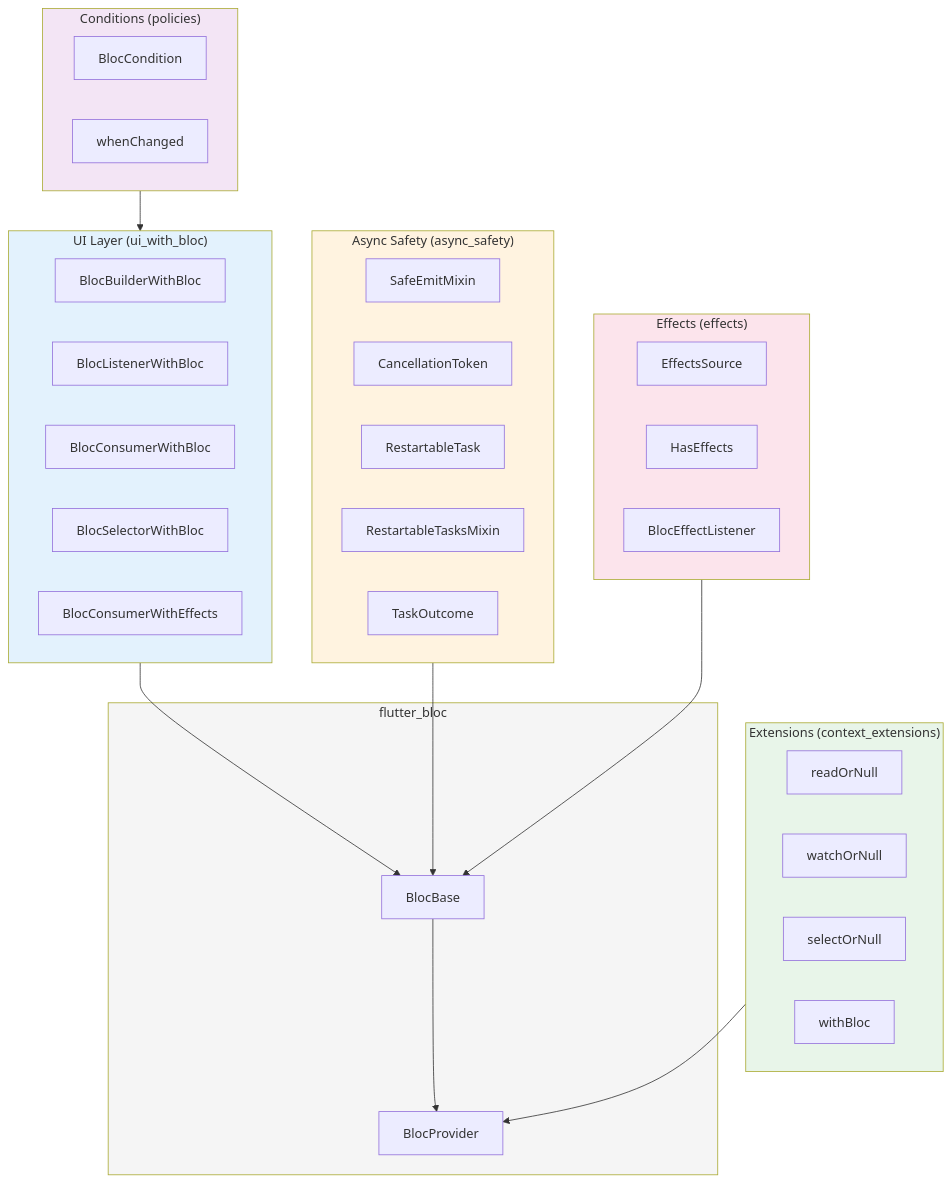
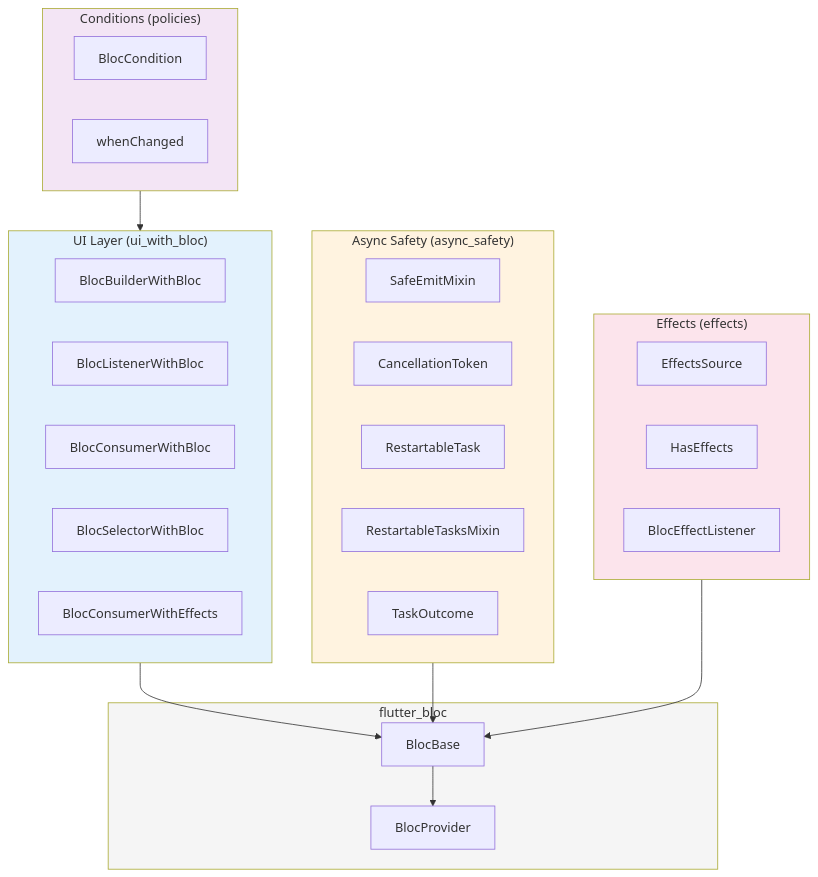
The second of 3 diagrams in docs/bloc_plus_PRD.md (ephmoc/bloc_plus), drawn with Mermaid before and after one commit. The commit also changed other lines of this file and 61 other files, not shown here.

````diff
--- a/docs/bloc_plus_PRD.md
+++ b/docs/bloc_plus_PRD.md
@@ -201,55 +206,46 @@
 ```mermaid
 graph TB
     subgraph UI["UI Layer (ui_with_bloc)"]
         BB[BlocBuilderWithBloc]
         BL[BlocListenerWithBloc]
         BC[BlocConsumerWithBloc]
         BS[BlocSelectorWithBloc]
         BE[BlocConsumerWithEffects]
     end
     
     subgraph Policies["Conditions (policies)"]
         BCo[BlocCondition]
         WC[whenChanged]
-    end
-    
-    subgraph Extensions["Extensions (context_extensions)"]
-        RO[readOrNull]
-        WO[watchOrNull]
-        SO[selectOrNull]
-        WB[withBloc]
     end
     
     subgraph Async["Async Safety (async_safety)"]
         SE[SafeEmitMixin]
         CT[CancellationToken]
         RT[RestartableTask]
         RM[RestartableTasksMixin]
         TO[TaskOutcome]
     end
     
     subgraph Effects["Effects (effects)"]
         ES[EffectsSource]
         HE[HasEffects]
         EL[BlocEffectListener]
     end
     
     subgraph Bloc["flutter_bloc"]
         FB[BlocBase]
         BP[BlocProvider]
     end
     
     UI --> FB
     Policies --> UI
-    Extensions --> BP
     Async --> FB
     Effects --> FB
     FB --> BP
     
     style UI fill:#e3f2fd
     style Policies fill:#f3e5f5
-    style Extensions fill:#e8f5e9
     style Async fill:#fff3e0
     style Effects fill:#fce4ec
     style Bloc fill:#f5f5f5
 ```
````
